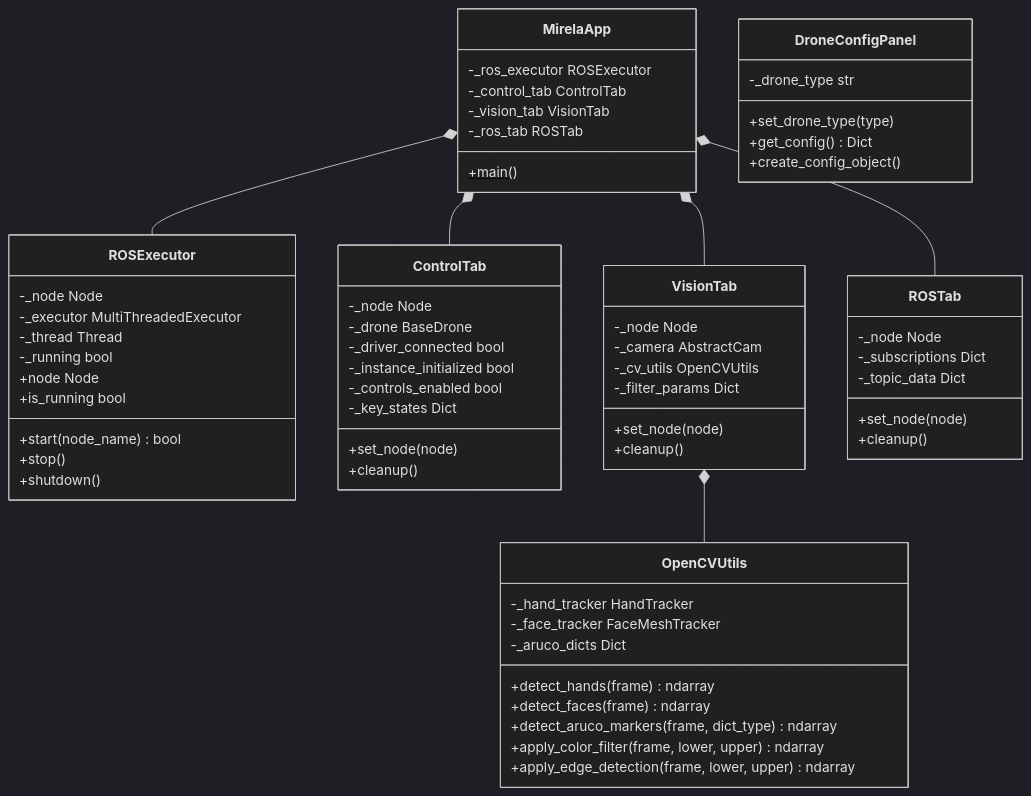
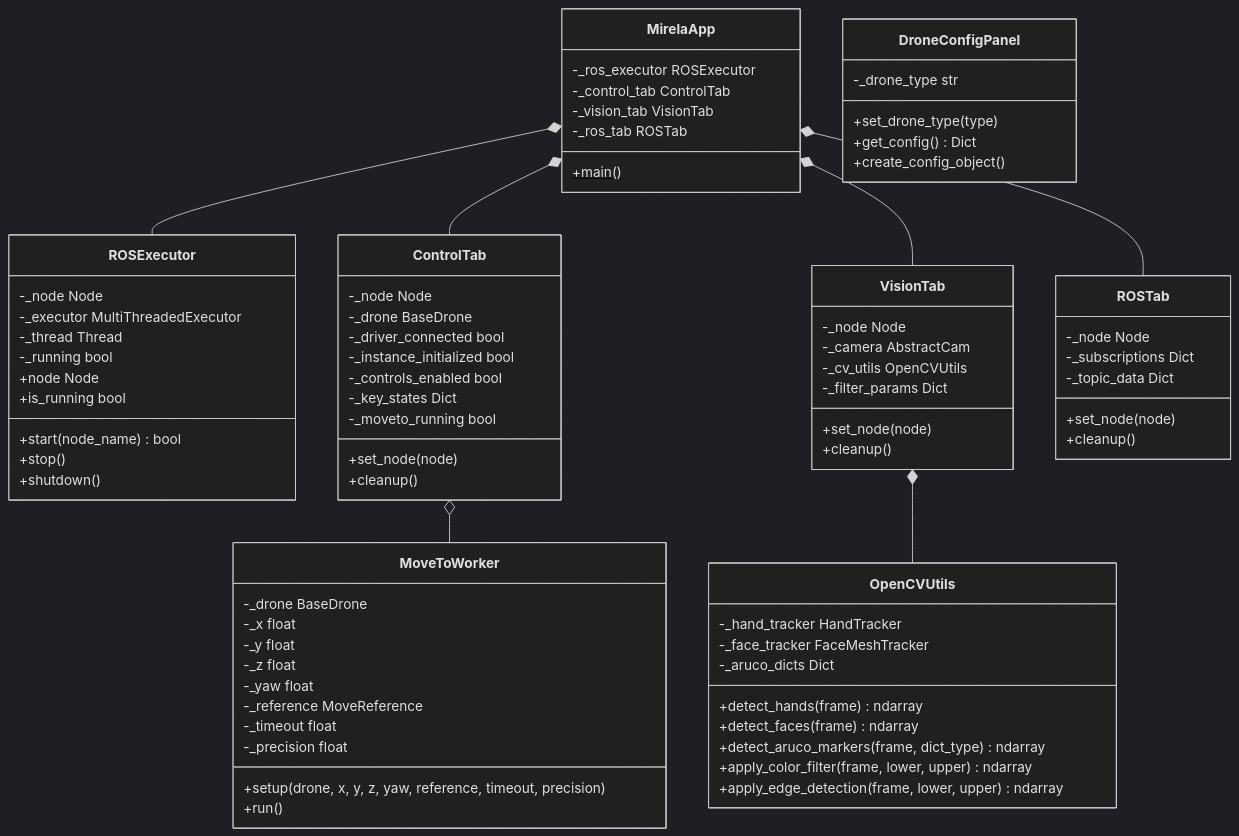
Before and after one commit to Black-Bee-Drones/nectar-sdk: the first of 3 diagrams in mirela_sdk/mirela_sdk/interface/README.md, drawn with Mermaid (dark theme). The commit also changed other lines of this file and 9 other files, not shown here.

Commit message:
feat(control):  drone services with timeout handling and error logging

````diff
--- a/mirela_sdk/mirela_sdk/interface/README.md
+++ b/mirela_sdk/mirela_sdk/interface/README.md
@@ -40,8 +40,22 @@
         -_instance_initialized bool
         -_controls_enabled bool
         -_key_states Dict
+        -_moveto_running bool
         +set_node(node)
         +cleanup()
+    }
+
+    class MoveToWorker {
+        -_drone BaseDrone
+        -_x float
+        -_y float
+        -_z float
+        -_yaw float
+        -_reference MoveReference
+        -_timeout float
+        -_precision float
+        +setup(drone, x, y, z, yaw, reference, timeout, precision)
+        +run()
     }
 
     class DroneConfigPanel {
@@ -84,4 +98,5 @@
     MirelaApp *-- VisionTab
     MirelaApp *-- ROSTab
     VisionTab *-- OpenCVUtils
+    ControlTab o-- MoveToWorker
 ```
````
